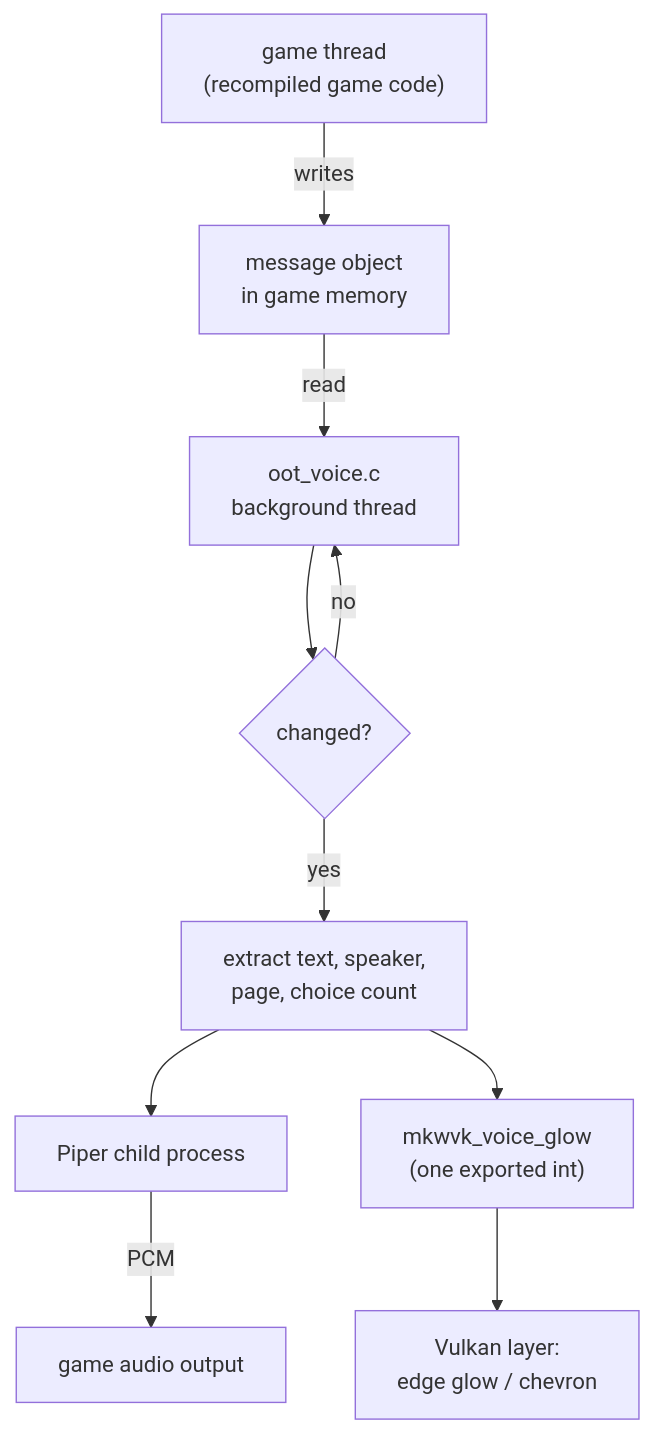
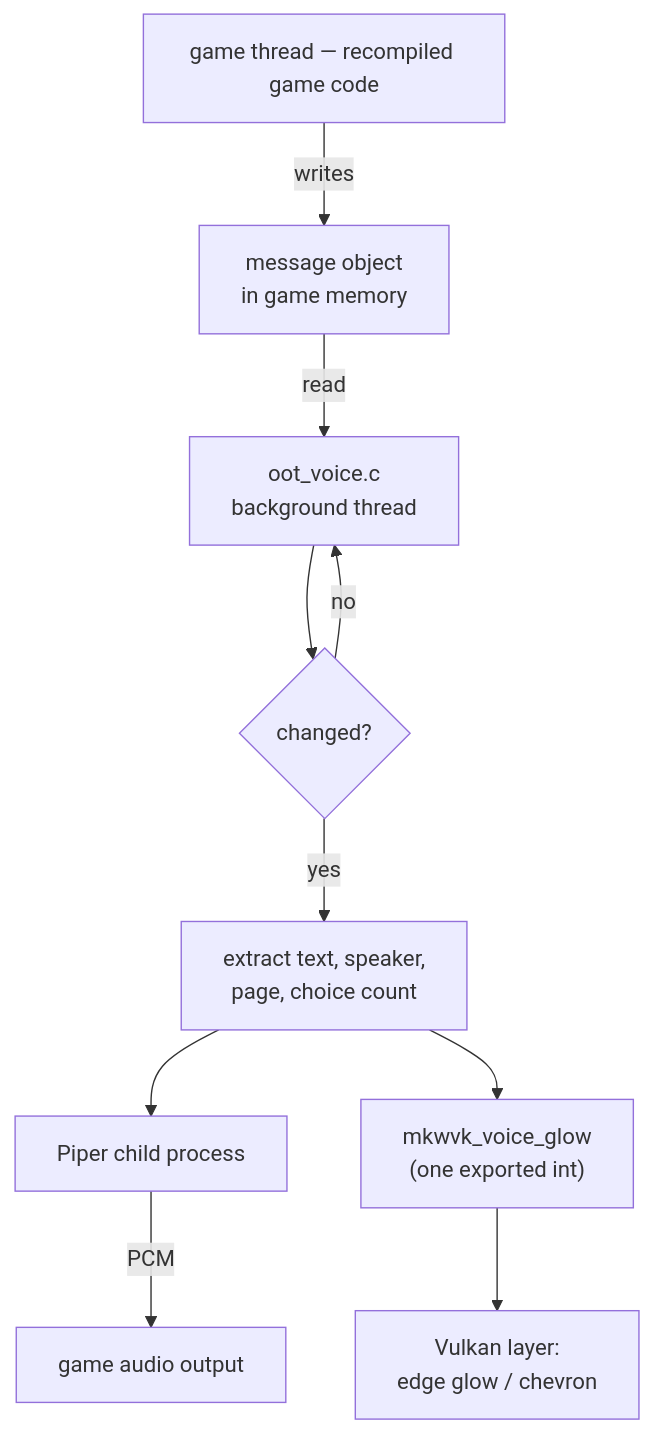
The diagram in docs/ARCHITECTURE.md (Predator04/Hookshot-Narrator), drawn with Mermaid before and after one commit. The commit also changed 1 other file, not shown here.

Commit message:
Keep brackets out of the diagram labels, which some Mermaid versions trip on

````diff
--- a/docs/ARCHITECTURE.md
+++ b/docs/ARCHITECTURE.md
@@ -59,12 +59,12 @@
 ```mermaid
 flowchart TD
-    A["game thread<br/>(recompiled game code)"] -->|writes| B["message object<br/>in game memory"]
+    A["game thread — recompiled game code"] -->|writes| B["message object<br/>in game memory"]
     B -->|read| C["oot_voice.c<br/>background thread"]
     C --> D{"changed?"}
     D -->|no| C
     D -->|yes| E["extract text, speaker,<br/>page, choice count"]
     E --> F["Piper child process"]
     F -->|PCM| G["game audio output"]
     E --> H["mkwvk_voice_glow<br/>(one exported int)"]
     H --> I["Vulkan layer:<br/>edge glow / chevron"]
 ```
````
